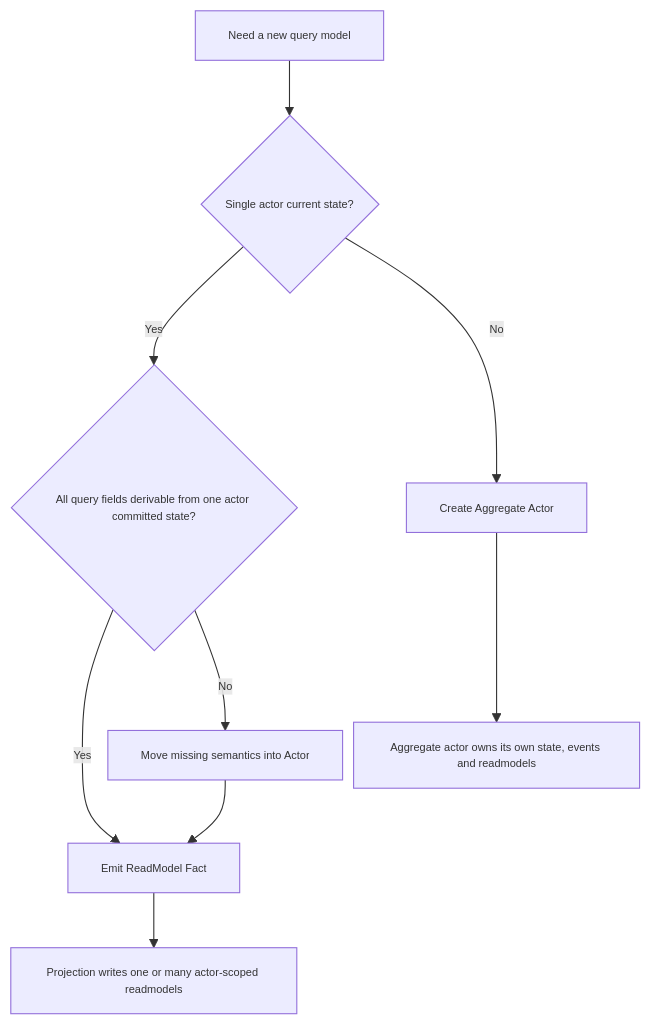
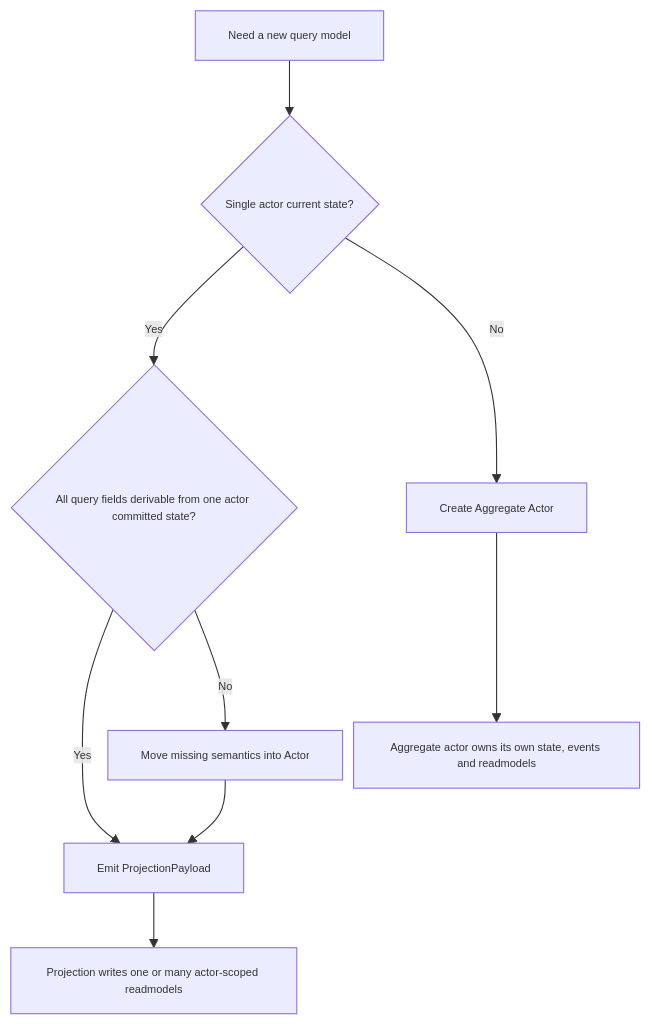
The second of 3 diagrams in docs/architecture/2026-03-15-state-mirror-readmodel-refactor-implementation-blueprint.md (aevatarAI/aevatar), drawn with Mermaid before and after one commit. The commit also changed other lines of this file and 37 other files, not shown here.

````diff
--- a/docs/architecture/2026-03-15-state-mirror-readmodel-refactor-implementation-blueprint.md
+++ b/docs/architecture/2026-03-15-state-mirror-readmodel-refactor-implementation-blueprint.md
@@ -186,12 +201,12 @@
 ```mermaid
 %%{init: {"maxTextSize": 100000, "flowchart": {"useMaxWidth": false, "nodeSpacing": 10, "rankSpacing": 50}, "themeVariables": {"fontSize": "10px"}}}%%
 flowchart TD
   N["Need a new query model"] --> A{"Single actor current state?"}
   A -->|Yes| B{"All query fields derivable from one actor committed state?"}
   A -->|No| G["Create Aggregate Actor"]
-  B -->|Yes| C["Emit ReadModel Fact"]
+  B -->|Yes| C["Emit ProjectionPayload"]
   B -->|No| D["Move missing semantics into Actor"]
   D --> C
   C --> E["Projection writes one or many actor-scoped readmodels"]
   G --> H["Aggregate actor owns its own state, events and readmodels"]
 ```
````
